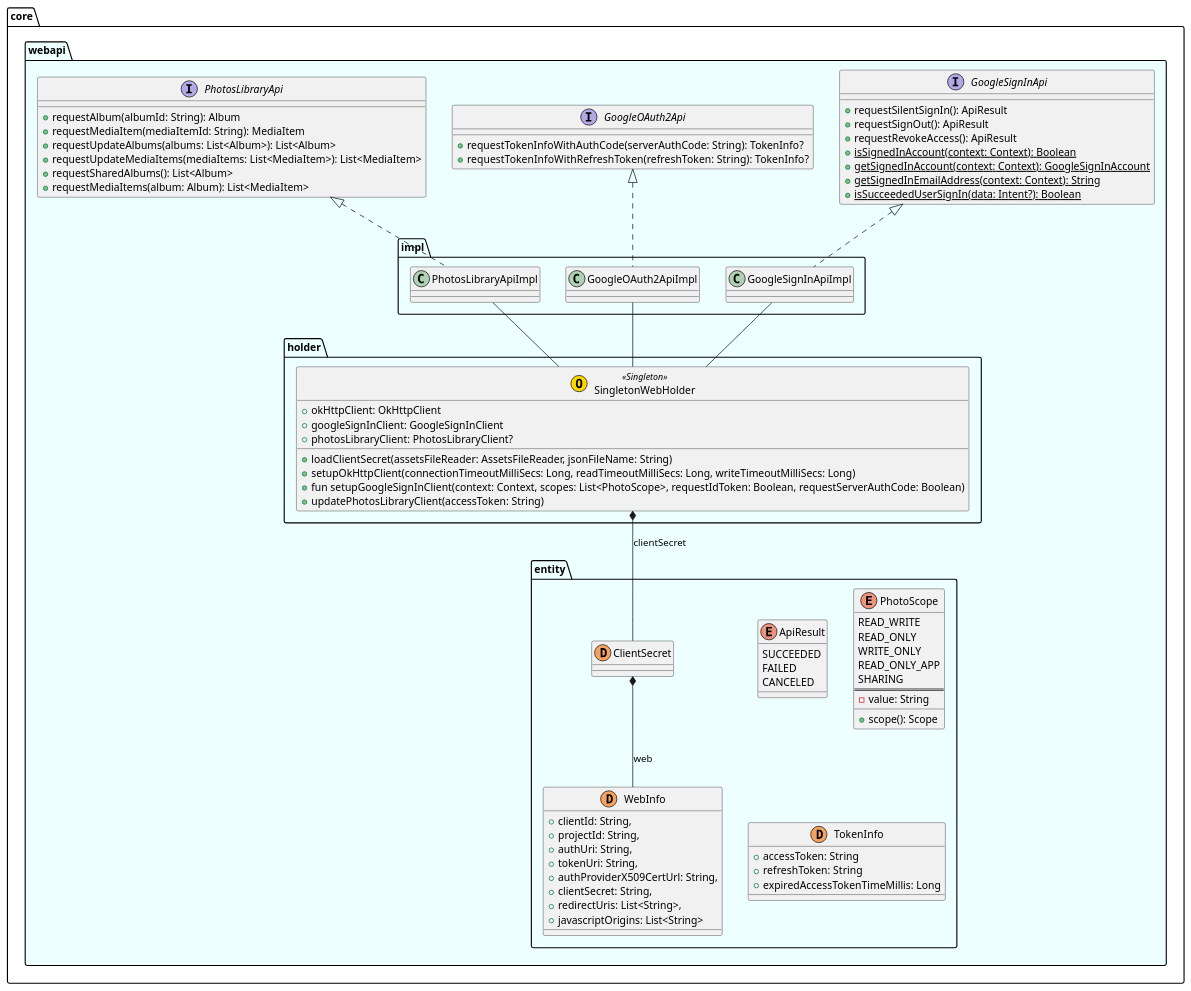
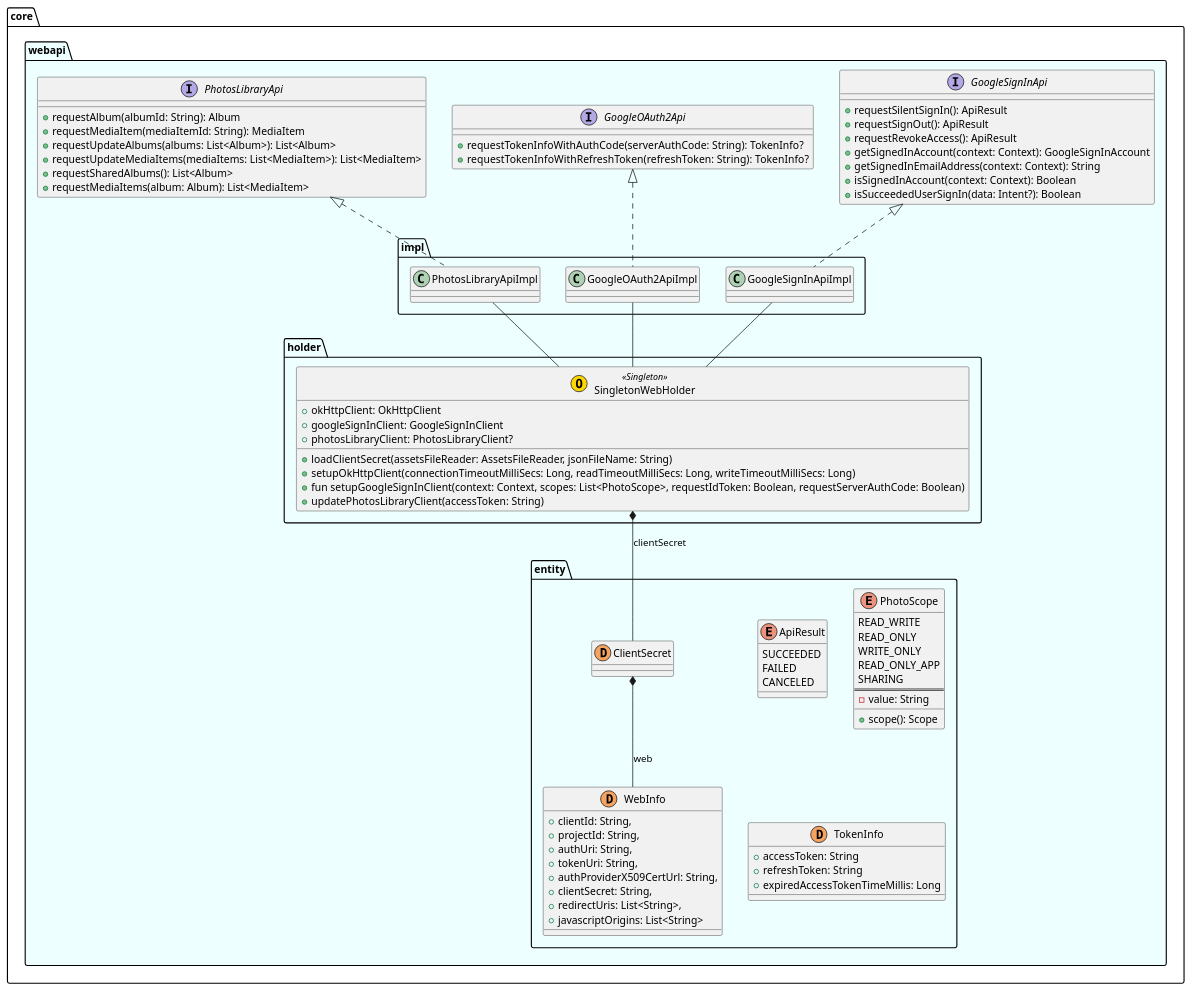
One commit to sallyluenoa/PhotoSlideShow changed the diagram in uml/webapi/class_diagram_webapi.md. Above: the diagram before and after it, drawn with PlantUML. The commit also changed 3 other files, not shown here.

First line of the commit message:
Write UML for design #13

```diff
--- a/uml/webapi/class_diagram_webapi.md
+++ b/uml/webapi/class_diagram_webapi.md
@@ -61,10 +61,10 @@
     + requestSilentSignIn(): ApiResult
     + requestSignOut(): ApiResult
     + requestRevokeAccess(): ApiResult
-    + {static} isSignedInAccount(context: Context): Boolean
-    + {static} getSignedInAccount(context: Context): GoogleSignInAccount
-    + {static} getSignedInEmailAddress(context: Context): String
-    + {static} isSucceededUserSignIn(data: Intent?): Boolean
+    + getSignedInAccount(context: Context): GoogleSignInAccount
+    + getSignedInEmailAddress(context: Context): String
+    + isSignedInAccount(context: Context): Boolean
+    + isSucceededUserSignIn(data: Intent?): Boolean
   }
   interface GoogleOAuth2Api {
     + requestTokenInfoWithAuthCode(serverAuthCode: String): TokenInfo?
```
